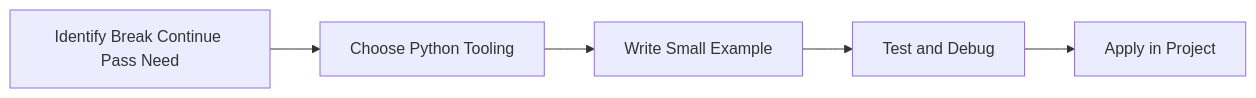
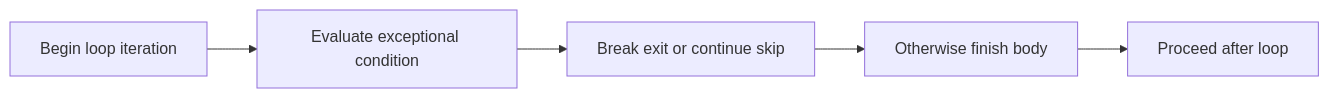
Before and after one commit to SYMOIZ/E-Learning-Portal: the diagram in Python-Mastery/Beginner/13-break-continue-pass.md, drawn with Mermaid. The commit also changed other lines of this file and 116 other files, not shown here.

````diff
--- a/Python-Mastery/Beginner/13-break-continue-pass.md
+++ b/Python-Mastery/Beginner/13-break-continue-pass.md
@@ -135,7 +145,12 @@
 ```mermaid
 flowchart LR
-    A[Identify Break Continue Pass Need] --> B[Choose Python Tooling]
-    B --> C[Write Small Example]
-    C --> D[Test and Debug]
-    D --> E[Apply in Project]
+    A[Begin loop iteration]
+    B[Evaluate exceptional condition]
+    C[Break exit or continue skip]
+    D[Otherwise finish body]
+    E[Proceed after loop]
+    A --> B
+    B --> C
+    C --> D
+    D --> E
 ```
````
